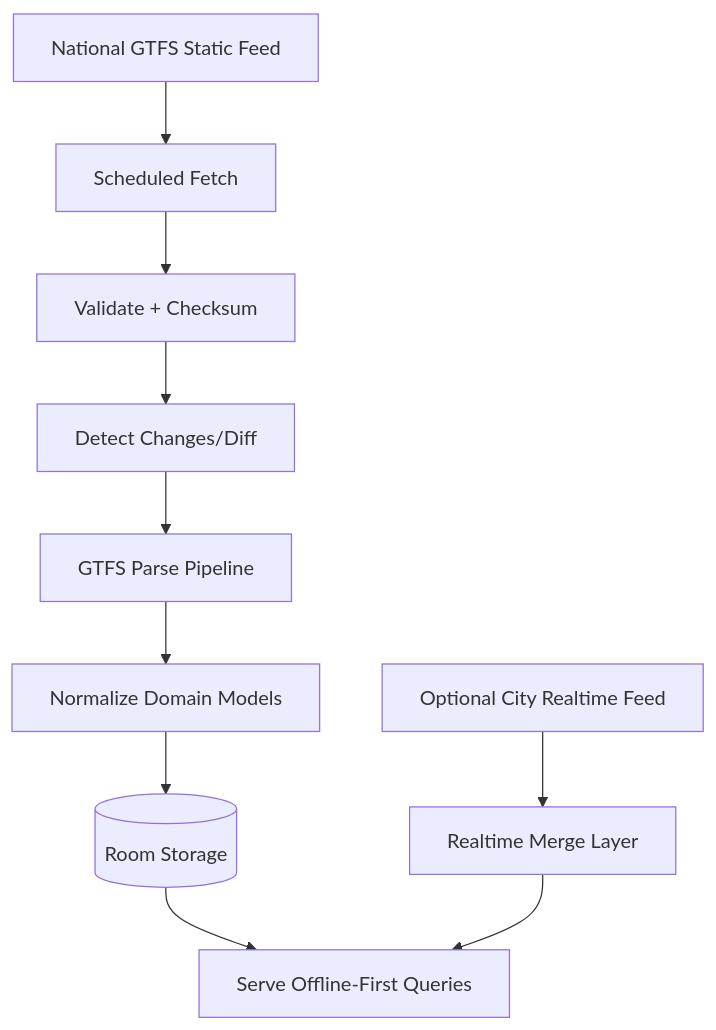
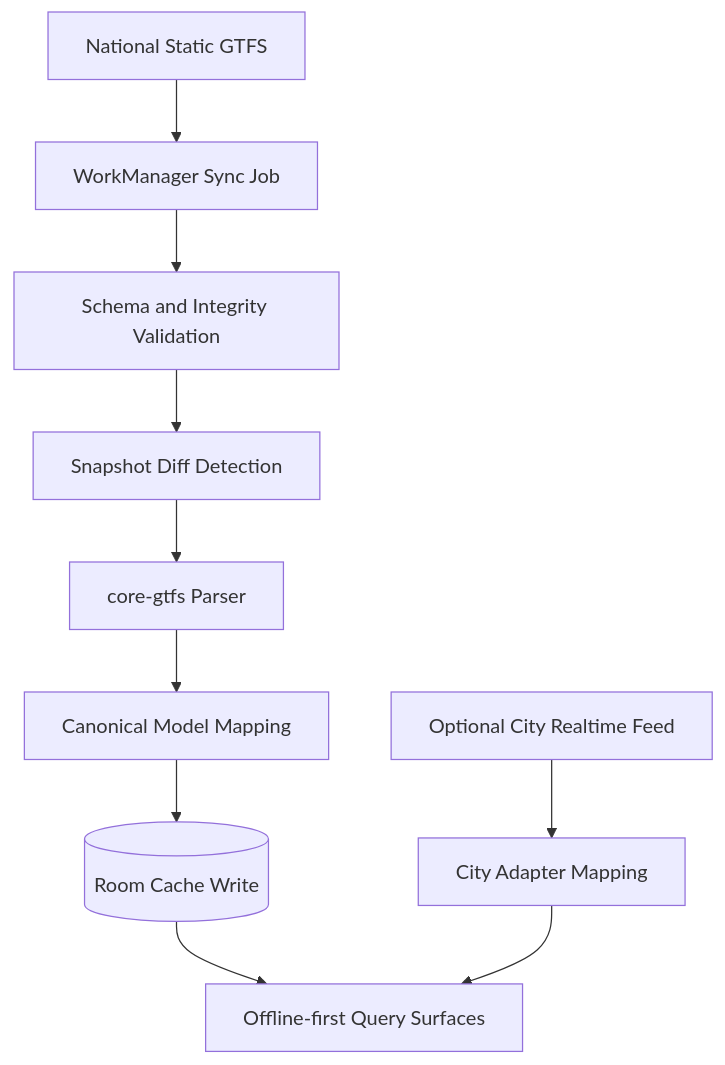
The third of 6 diagrams in docs/MERMAID_DIAGRAMS.md (Fuuduuu/ANDROBUSS), drawn with Mermaid before and after one commit. The commit also changed other lines of this file and 7 other files, not shown here.

Commit message:
docs: fix architecture review blockers

````diff
--- a/docs/MERMAID_DIAGRAMS.md
+++ b/docs/MERMAID_DIAGRAMS.md
@@ -38,12 +59,13 @@
 ```mermaid
 flowchart TD
-    Source[National GTFS Static Feed] --> Fetch[Scheduled Fetch]
-    Fetch --> Validate[Validate + Checksum]
-    Validate --> Diff[Detect Changes/Diff]
-    Diff --> Parse[GTFS Parse Pipeline]
-    Parse --> Normalize[Normalize Domain Models]
-    Normalize --> Store[(Room Storage)]
-    Store --> Serve[Serve Offline-First Queries]
-    CityRT[Optional City Realtime Feed] --> Merge[Realtime Merge Layer]
-    Merge --> Serve
+    Source[National Static GTFS] --> Download[WorkManager Sync Job]
+    Download --> Validate[Schema and Integrity Validation]
+    Validate --> Diff[Snapshot Diff Detection]
+    Diff --> Parse[core-gtfs Parser]
+    Parse --> Normalize[Canonical Model Mapping]
+    Normalize --> Persist[(Room Cache Write)]
+    Persist --> Query[Offline-first Query Surfaces]
+
+    CityRealtime[Optional City Realtime Feed] --> AdapterMap[City Adapter Mapping]
+    AdapterMap --> Query
 ```
````
